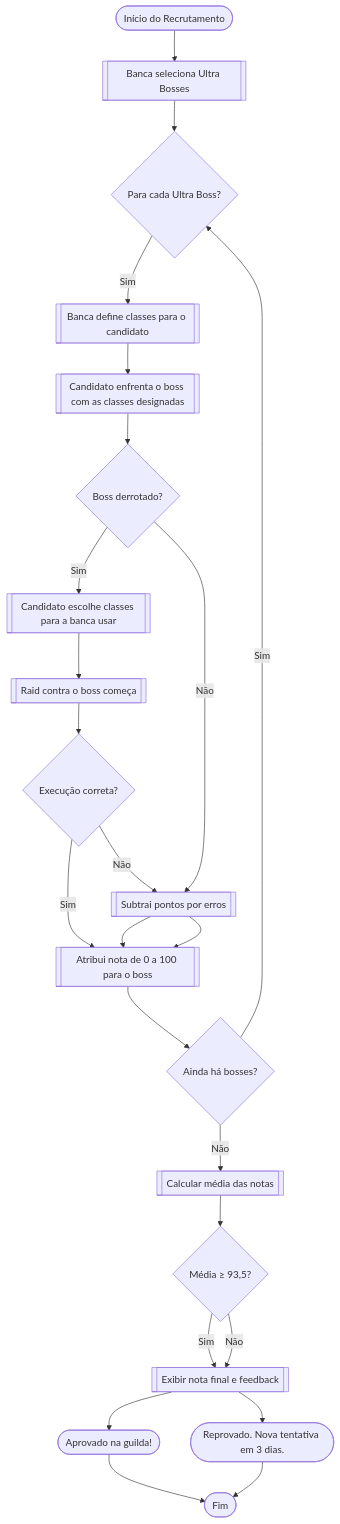
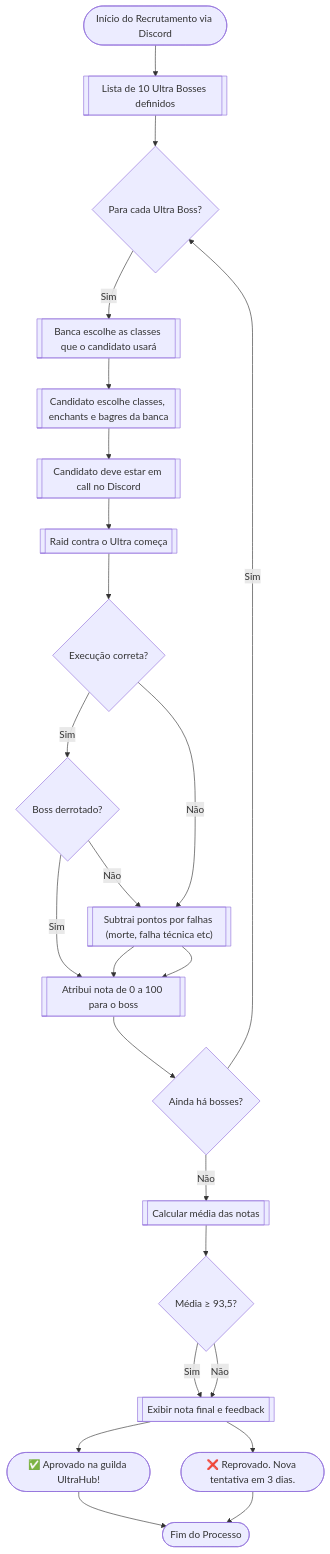
Before and after one commit to ultrahub-bot/ultrahub-bot.github.io: the diagram in docs/ultrahub/index.md, drawn with Mermaid. The commit also changed other lines of this file, not shown here.

````diff
--- a/docs/ultrahub/index.md
+++ b/docs/ultrahub/index.md
@@ -47,32 +47,34 @@
     ```mermaid
     flowchart TD
-        Start([Início do Recrutamento])
-        BancaSelecionaBosses[["Banca seleciona Ultra Bosses"]]
+        Start([Início do Recrutamento via Discord])
+        ListaBosses[["Lista de 10 Ultra Bosses definidos"]]
         ParaCadaBoss{Para cada Ultra Boss?}
-        BancaDefineClasses[["Banca define classes para o candidato"]]
-        CandidatoLuta[["Candidato enfrenta o boss com as classes designadas"]]
+        BancaEscolheClasses[["Banca escolhe as classes que o candidato usará"]]
+        CandidatoEscolheApoio[["Candidato escolhe classes, enchants e bagres da banca"]]
+        EmCall[["Candidato deve estar em call no Discord"]]
+        RaidComeca[["Raid contra o Ultra começa"]]
+        ExecutouCorretamente{Execução correta?}
         DerrotouBoss{Boss derrotado?}
-        CandidatoEscolheClasses[["Candidato escolhe classes para a banca usar"]]
-        RaidComeca[["Raid contra o boss começa"]]
-        ExecutouCorretamente{Execução correta?}
+        SubtraiErros[["Subtrai pontos por falhas (morte, falha técnica etc)"]]
         AtribuirNota[["Atribui nota de 0 a 100 para o boss"]]
-        SubtraiErros[["Subtrai pontos por erros"]]
         ProximoBoss{Ainda há bosses?}
         CalcularMedia[["Calcular média das notas"]]
         Aprovado{Média ≥ 93,5?}
         Feedback[["Exibir nota final e feedback"]]
-        AprovadoMsg([Aprovado na guilda!])
-        ReprovadoMsg([Reprovado. Nova tentativa em 3 dias.])
-        End([Fim])
+        AprovadoMsg([✅ Aprovado na guilda UltraHub!])
+        ReprovadoMsg([❌ Reprovado. Nova tentativa em 3 dias.])
+        End([Fim do Processo])
 
-        Start --> BancaSelecionaBosses --> ParaCadaBoss
-        ParaCadaBoss -->|Sim| BancaDefineClasses --> CandidatoLuta --> DerrotouBoss
-        DerrotouBoss -->|Sim| CandidatoEscolheClasses --> RaidComeca --> ExecutouCorretamente
-        ExecutouCorretamente -->|Sim| AtribuirNota --> ProximoBoss
+        Start --> ListaBosses --> ParaCadaBoss
+        ParaCadaBoss -->|Sim| BancaEscolheClasses --> CandidatoEscolheApoio --> EmCall --> RaidComeca
+        RaidComeca --> ExecutouCorretamente
+        ExecutouCorretamente -->|Sim| DerrotouBoss
         ExecutouCorretamente -->|Não| SubtraiErros --> AtribuirNota
+        DerrotouBoss -->|Sim| AtribuirNota
         DerrotouBoss -->|Não| SubtraiErros --> AtribuirNota
+        AtribuirNota --> ProximoBoss
         ProximoBoss -->|Sim| ParaCadaBoss
         ProximoBoss -->|Não| CalcularMedia --> Aprovado
         Aprovado -->|Sim| Feedback --> AprovadoMsg --> End
         Aprovado -->|Não| Feedback --> ReprovadoMsg --> End
     ```
````
